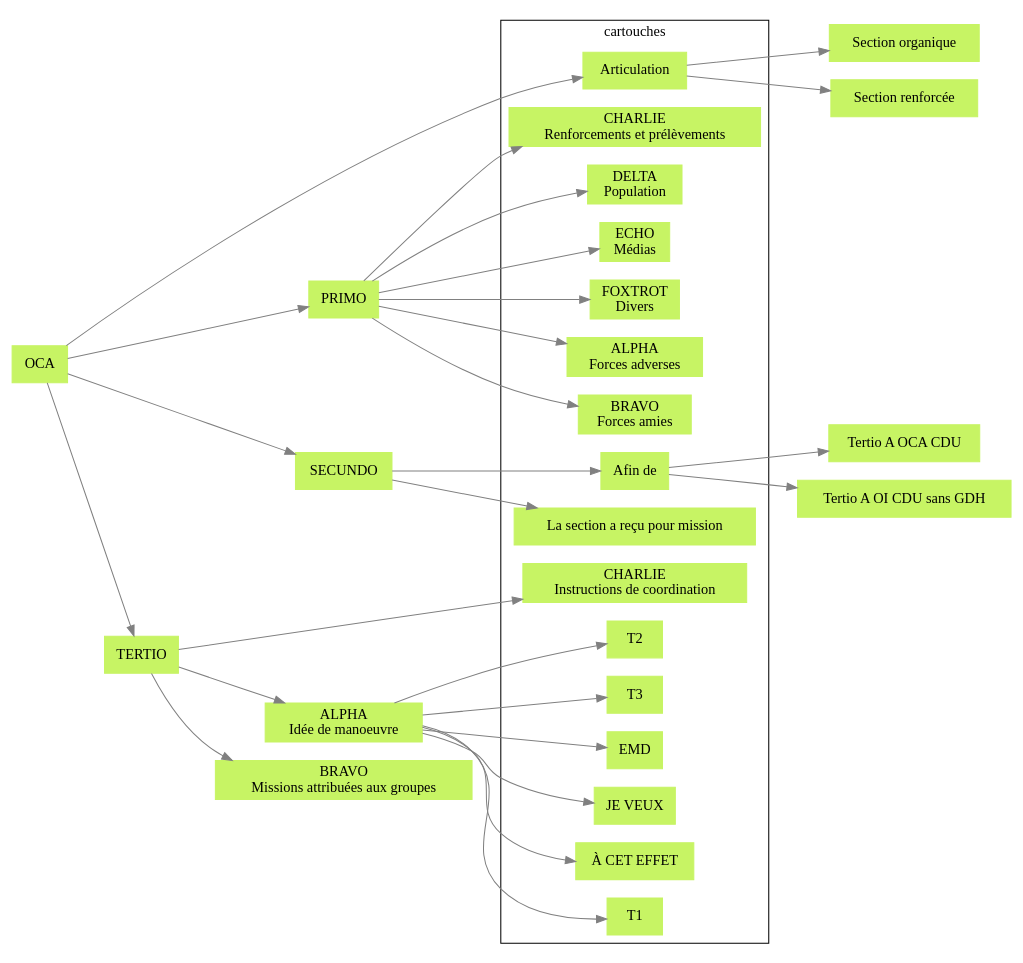
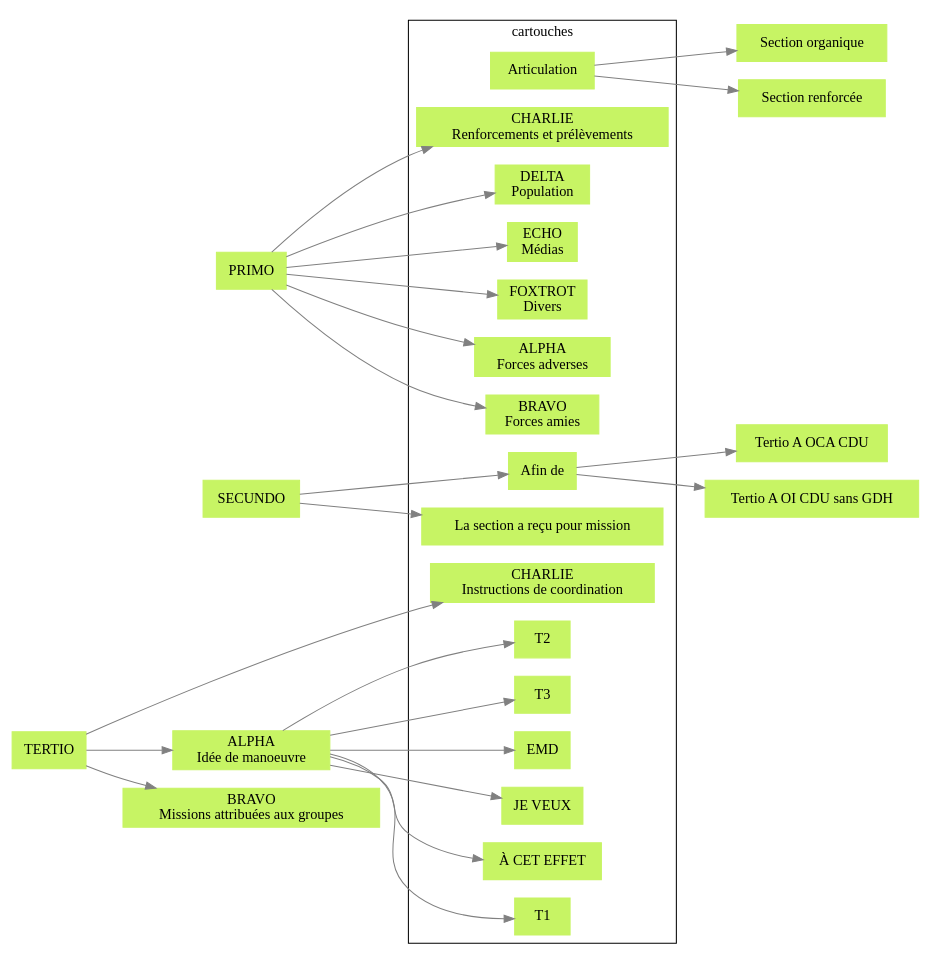
One commit to FG-2/FG-2.github.io changed the diagram in Combat/Section proterre/Ordres de conduite/oca.dot. Above: the diagram before and after it, drawn with Graphviz. The commit also changed 50 other files, not shown here.

```diff
--- a/Combat/Section proterre/Ordres de conduite/oca.dot
+++ b/Combat/Section proterre/Ordres de conduite/oca.dot
@@ -1,42 +1,42 @@
 digraph {
 
     graph [layout = dot, overlap=false, rankdir=LR, ordering="out"]
     node [shape = rectangle, style = filled, color = "#C7F464"]
     edge [color = grey]
     
     subgraph cluster_Cartouches {
     label = "cartouches"
     { rank = same ; Articulation, "ALPHA\nForces adverses", "BRAVO\nForces amies", "CHARLIE\nRenforcements et prélèvements",  "DELTA\nPopulation",  "ECHO\nMédias",  "FOXTROT\nDivers",  "Afin de",  "La section a reçu pour mission",  "JE VEUX",  "À CET EFFET",  "T1",  "T2",  "T3",  "EMD", "CHARLIE\nInstructions de coordination" }
     }
     
-    OCA -> Articulation
-    OCA -> PRIMO
-    OCA -> SECUNDO
-    OCA -> TERTIO
+    //OCA -> Articulation
+    //OCA -> PRIMO
+    //OCA -> SECUNDO
+    //OCA -> TERTIO
     
     PRIMO -> "ALPHA\nForces adverses"
     PRIMO -> "BRAVO\nForces amies"
     PRIMO -> "CHARLIE\nRenforcements et prélèvements"
     PRIMO -> "DELTA\nPopulation"
     PRIMO -> "ECHO\nMédias"
     PRIMO -> "FOXTROT\nDivers"
     
     SECUNDO -> "Afin de", "La section a reçu pour mission"
     
     TERTIO -> "ALPHA\nIdée de manoeuvre"
     TERTIO -> "BRAVO\nMissions attribuées aux groupes"
     TERTIO -> "CHARLIE\nInstructions de coordination"
     
     "ALPHA\nIdée de manoeuvre" -> "JE VEUX"
     "ALPHA\nIdée de manoeuvre" -> "À CET EFFET"
     "ALPHA\nIdée de manoeuvre" -> "T1"
     "ALPHA\nIdée de manoeuvre" -> "T2"
     "ALPHA\nIdée de manoeuvre" -> "T3"
     "ALPHA\nIdée de manoeuvre" -> "EMD"
     
     Articulation -> "Section organique", "Section renforcée"
     "ALPHA\nForces adverses"
     "Afin de" -> "Tertio A OCA CDU", "Tertio A OI CDU sans GDH"
     
 
 }    
```
